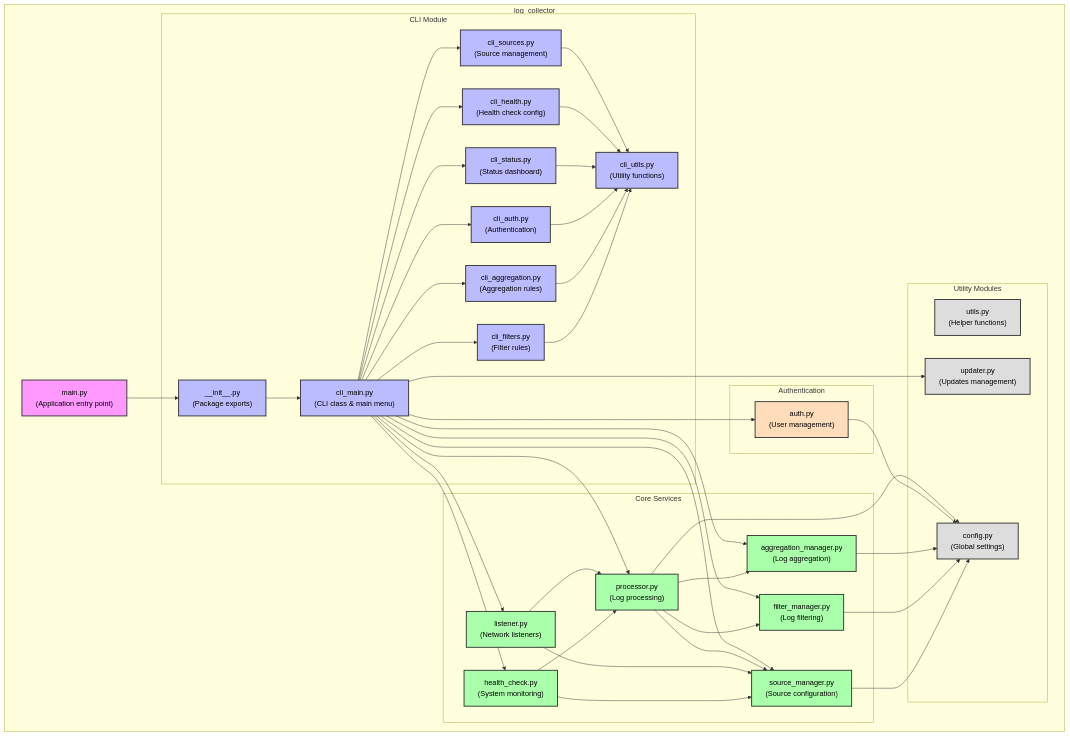
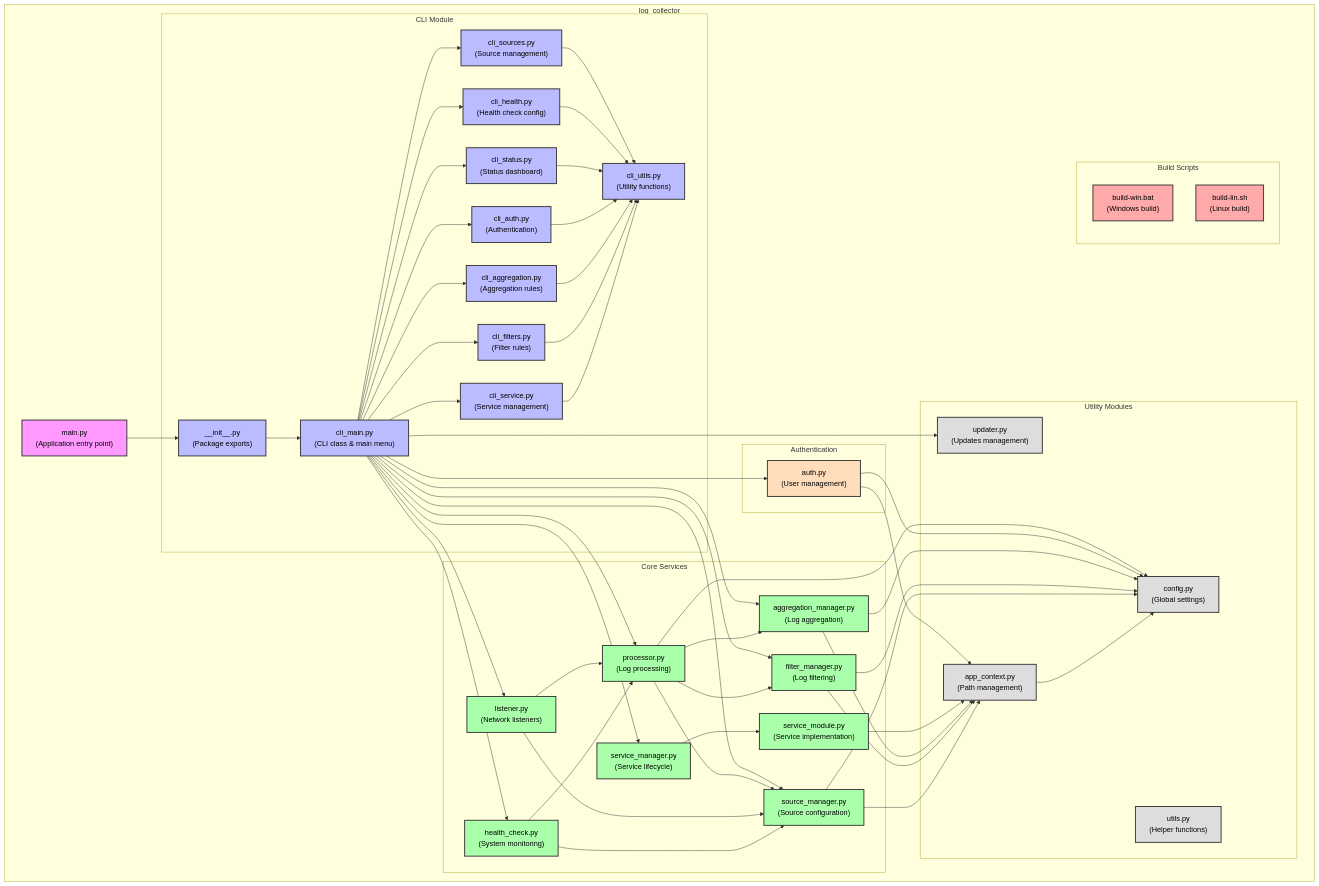
One commit to hawk1811/Log_Collector changed the diagram in log_collector_structure.mermaid. Above: the diagram before and after it, drawn with Mermaid.

```diff
--- a/log_collector_structure.mermaid
+++ b/log_collector_structure.mermaid
@@ -1,90 +1,113 @@
 flowchart TD
     subgraph log_collector
         main["main.py\n(Application entry point)"]
         
         subgraph cli_module["CLI Module"]
             cli_init["__init__.py\n(Package exports)"]
             cli_main["cli_main.py\n(CLI class & main menu)"]
             cli_utils["cli_utils.py\n(Utility functions)"]
             cli_sources["cli_sources.py\n(Source management)"]
             cli_health["cli_health.py\n(Health check config)"]
             cli_status["cli_status.py\n(Status dashboard)"]
             cli_auth["cli_auth.py\n(Authentication)"]
             cli_aggregation["cli_aggregation.py\n(Aggregation rules)"]
             cli_filters["cli_filters.py\n(Filter rules)"]
+            cli_service["cli_service.py\n(Service management)"]
         end
         
         subgraph core_services["Core Services"]
             processor["processor.py\n(Log processing)"]
             source_manager["source_manager.py\n(Source configuration)"]
             listener["listener.py\n(Network listeners)"]
             health_check["health_check.py\n(System monitoring)"]
             aggregation_manager["aggregation_manager.py\n(Log aggregation)"]
             filter_manager["filter_manager.py\n(Log filtering)"]
+            service_module["service_module.py\n(Service implementation)"]
+            service_manager["service_manager.py\n(Service lifecycle)"]
         end
         
         subgraph authentication["Authentication"]
             auth["auth.py\n(User management)"]
         end
         
         subgraph utility["Utility Modules"]
             utils["utils.py\n(Helper functions)"]
             config["config.py\n(Global settings)"]
             updater["updater.py\n(Updates management)"]
+            app_context["app_context.py\n(Path management)"]
+        end
+        
+        subgraph build["Build Scripts"]
+            build_win["build-win.bat\n(Windows build)"]
+            build_lin["build-lin.sh\n(Linux build)"]
         end
     end
     
     main --> cli_init
     cli_init --> cli_main
     
     cli_main --> cli_sources
     cli_main --> cli_health
     cli_main --> cli_status
     cli_main --> cli_auth
     cli_main --> cli_aggregation
     cli_main --> cli_filters
+    cli_main --> cli_service
     
     cli_sources --> cli_utils
     cli_health --> cli_utils
     cli_status --> cli_utils
     cli_auth --> cli_utils
     cli_aggregation --> cli_utils
     cli_filters --> cli_utils
+    cli_service --> cli_utils
     
     cli_main --> processor
     cli_main --> listener
     cli_main --> source_manager
     cli_main --> health_check
     cli_main --> aggregation_manager
     cli_main --> filter_manager
     cli_main --> auth
     cli_main --> updater
+    cli_main --> service_manager
     
     processor --> source_manager
     processor --> aggregation_manager
     processor --> filter_manager
     processor --> config
     
     listener --> source_manager
     listener --> processor
     
     health_check --> source_manager
     health_check --> processor
     
     auth --> config
+    auth --> app_context
+    
+    service_manager --> service_module
+    service_module --> app_context
     
     aggregation_manager --> config
+    aggregation_manager --> app_context
     filter_manager --> config
+    filter_manager --> app_context
     source_manager --> config
+    source_manager --> app_context
+    
+    app_context --> config
     
     classDef module fill:#f9f,stroke:#333,stroke-width:2px,color:black;
     classDef cliModule fill:#bbf,stroke:#333,stroke-width:2px,color:black;
     classDef coreModule fill:#afa,stroke:#333,stroke-width:2px,color:black; 
     classDef authModule fill:#fdb,stroke:#333,stroke-width:2px,color:black;
     classDef utilModule fill:#ddd,stroke:#333,stroke-width:2px,color:black;
+    classDef buildModule fill:#faa,stroke:#333,stroke-width:2px,color:black;
     
     class main module;
-    class cli_init,cli_main,cli_utils,cli_sources,cli_health,cli_status,cli_auth,cli_aggregation,cli_filters cliModule;
-    class processor,source_manager,listener,health_check,aggregation_manager,filter_manager coreModule;
+    class cli_init,cli_main,cli_utils,cli_sources,cli_health,cli_status,cli_auth,cli_aggregation,cli_filters,cli_service cliModule;
+    class processor,source_manager,listener,health_check,aggregation_manager,filter_manager,service_module,service_manager coreModule;
     class auth authModule;
-    class utils,config,updater utilModule;
+    class utils,config,updater,app_context utilModule;
+    class build_win,build_lin buildModule;
```
